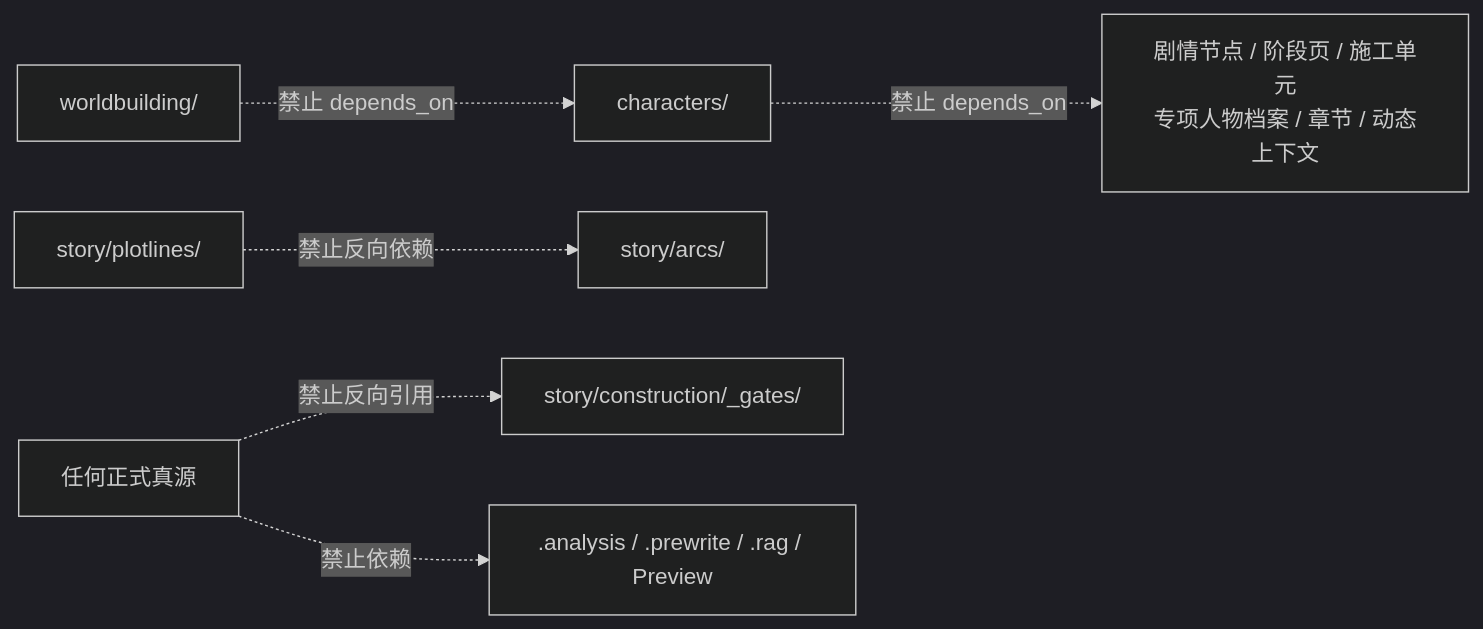
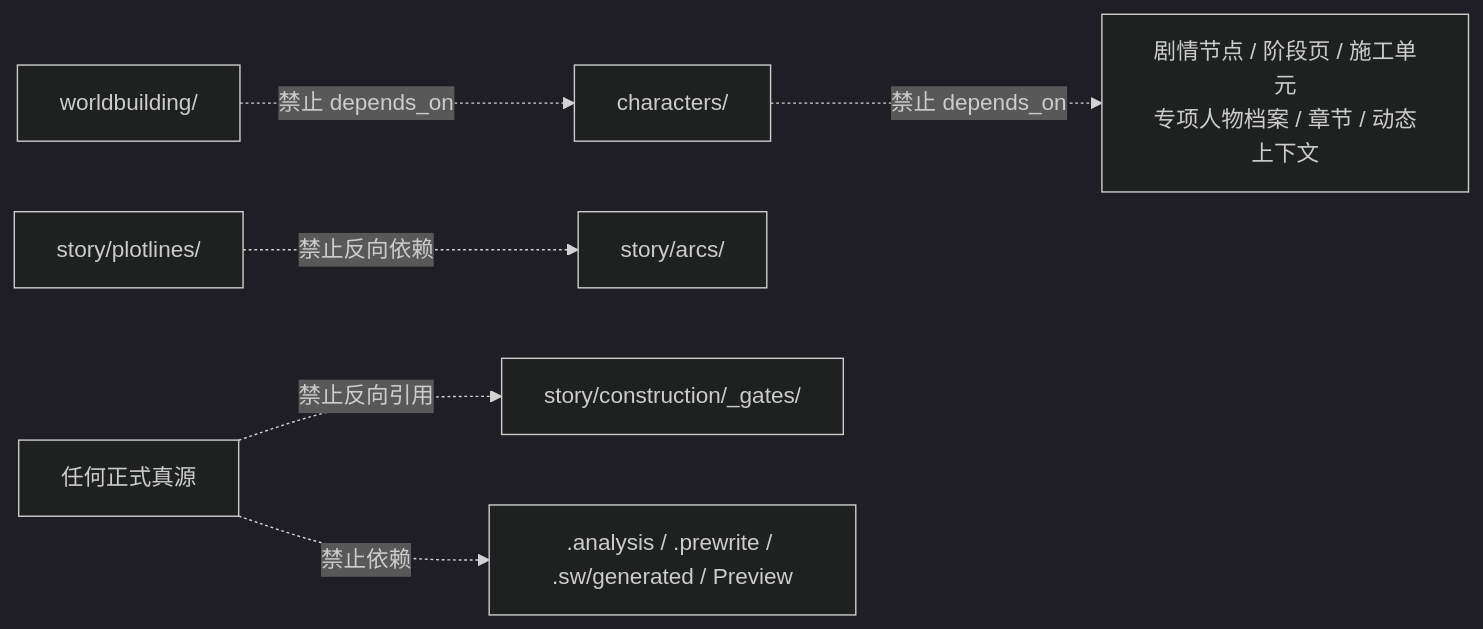
Before and after one commit to zevwings/story-stars: the third of 3 diagrams in zen/references.md, drawn with Mermaid (dark theme). The commit also changed other lines of this file and 336 other files, not shown here.

````diff
--- a/zen/references.md
+++ b/zen/references.md
@@ -89,8 +89,8 @@
 ```mermaid
 flowchart LR
     World["worldbuilding/"] -. "禁止 depends_on" .-> Character["characters/"]
     Character -. "禁止 depends_on" .-> Narrative["剧情节点 / 阶段页 / 施工单元<br/>专项人物档案 / 章节 / 动态上下文"]
     Plotline["story/plotlines/"] -. "禁止反向依赖" .-> Arc["story/arcs/"]
     Formal["任何正式真源"] -. "禁止反向引用" .-> Gate["story/construction/_gates/"]
-    Formal -. "禁止依赖" .-> Derived[".analysis / .prewrite / .rag / Preview"]
+    Formal -. "禁止依赖" .-> Derived[".analysis / .prewrite / .sw/generated / Preview"]
 ```
````
